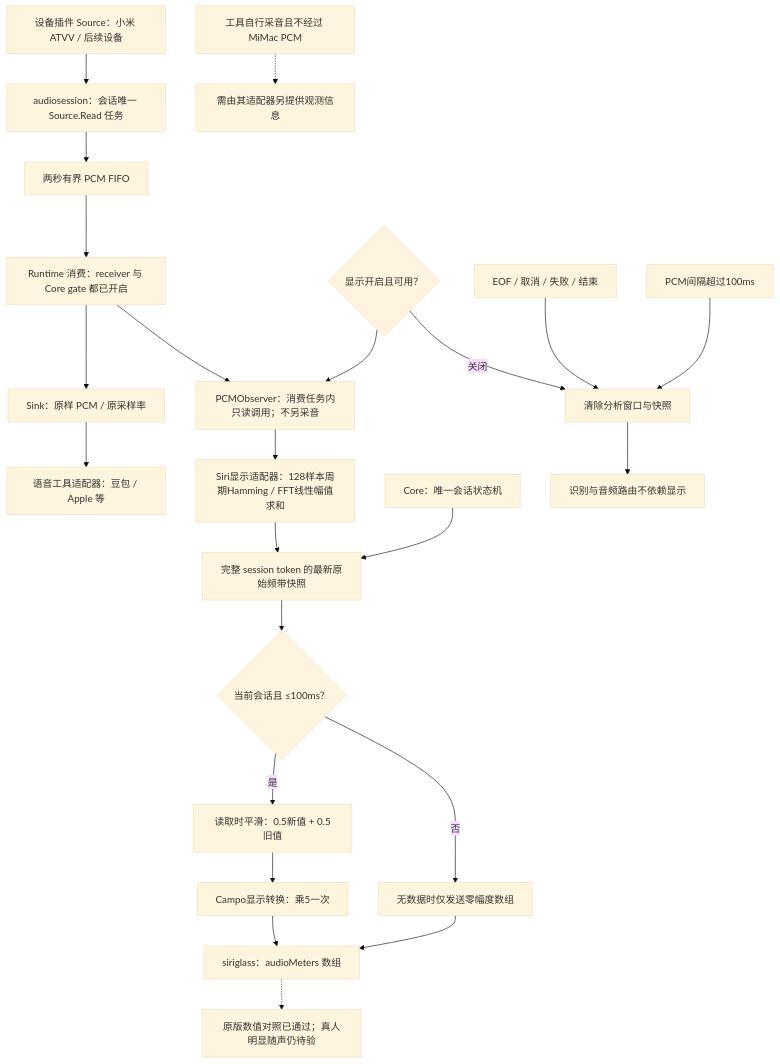
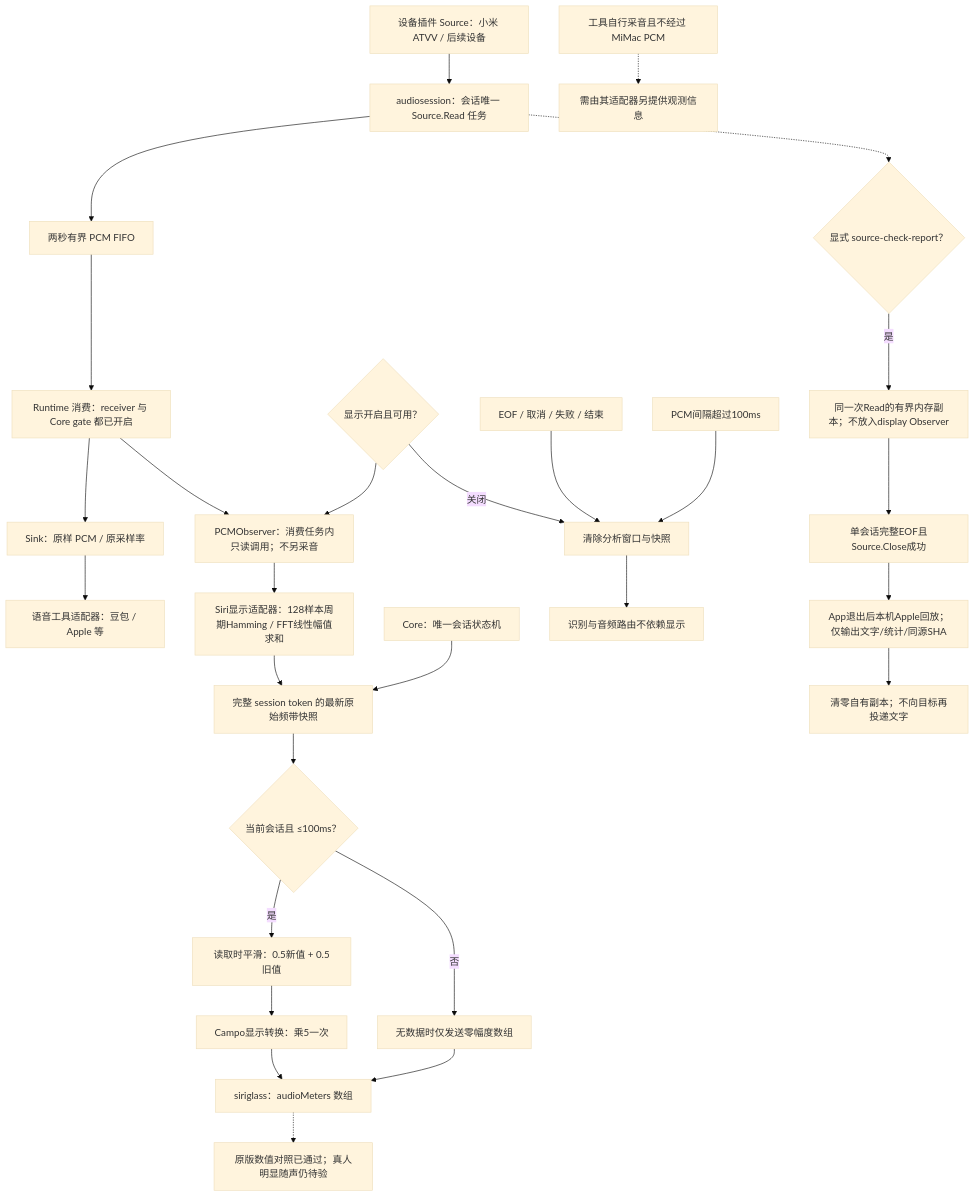
The diagram in tools/workbench/diagrams/shared-pcm-observation.mmd (daftAI2026/MiMac), drawn with Mermaid (base theme) before and after one commit. The commit also changed 12 other files, not shown here.

```diff
--- a/tools/workbench/diagrams/shared-pcm-observation.mmd
+++ b/tools/workbench/diagrams/shared-pcm-observation.mmd
@@ -1,23 +1,28 @@
 flowchart TD
     device["设备插件 Source：小米 ATVV / 后续设备"] --> read["audiosession：会话唯一 Source.Read 任务"]
     read --> fifo["两秒有界 PCM FIFO"]
     fifo --> consume["Runtime 消费：receiver 与 Core gate 都已开启"]
     consume --> sink["Sink：原样 PCM / 原采样率"]
     sink --> target["语音工具适配器：豆包 / Apple 等"]
     consume --> observer["PCMObserver：消费任务内只读调用；不另采音"]
     enabled{"显示开启且可用？"} --> observer
     observer --> bands["Siri显示适配器：128样本周期Hamming / FFT线性幅值求和"]
     bands --> mailbox["完整 session token 的最新原始频带快照"]
     core["Core：唯一会话状态机"] --> mailbox
     mailbox --> fresh{"当前会话且 ≤100ms？"}
     fresh -->|是| smooth["读取时平滑：0.5新值 + 0.5旧值"]
     smooth --> convert["Campo显示转换：乘5一次"]
     convert --> view["siriglass：audioMeters 数组"]
     fresh -->|否| quiet["无数据时仅发送零幅度数组"]
     quiet --> view
     ending["EOF / 取消 / 失败 / 结束"] --> clear["清除分析窗口与快照"]
     enabled -->|关闭| clear
     clear --> independent["识别与音频路由不依赖显示"]
     view -.-> original["原版数值对照已通过；真人明显随声仍待验"]
     gap["PCM间隔超过100ms"] --> clear
     own["工具自行采音且不经过 MiMac PCM"] -.-> adapter["需由其适配器另提供观测信息"]
+    read -.-> diagnostic{"显式 source-check-report？"}
+    diagnostic -->|是| mirror["同一次Read的有界内存副本；不放入display Observer"]
+    mirror --> closed["单会话完整EOF且Source.Close成功"]
+    closed --> replay["App退出后本机Apple回放；仅输出文字/统计/同源SHA"]
+    replay --> erase["清零自有副本；不向目标再投递文字"]
```
